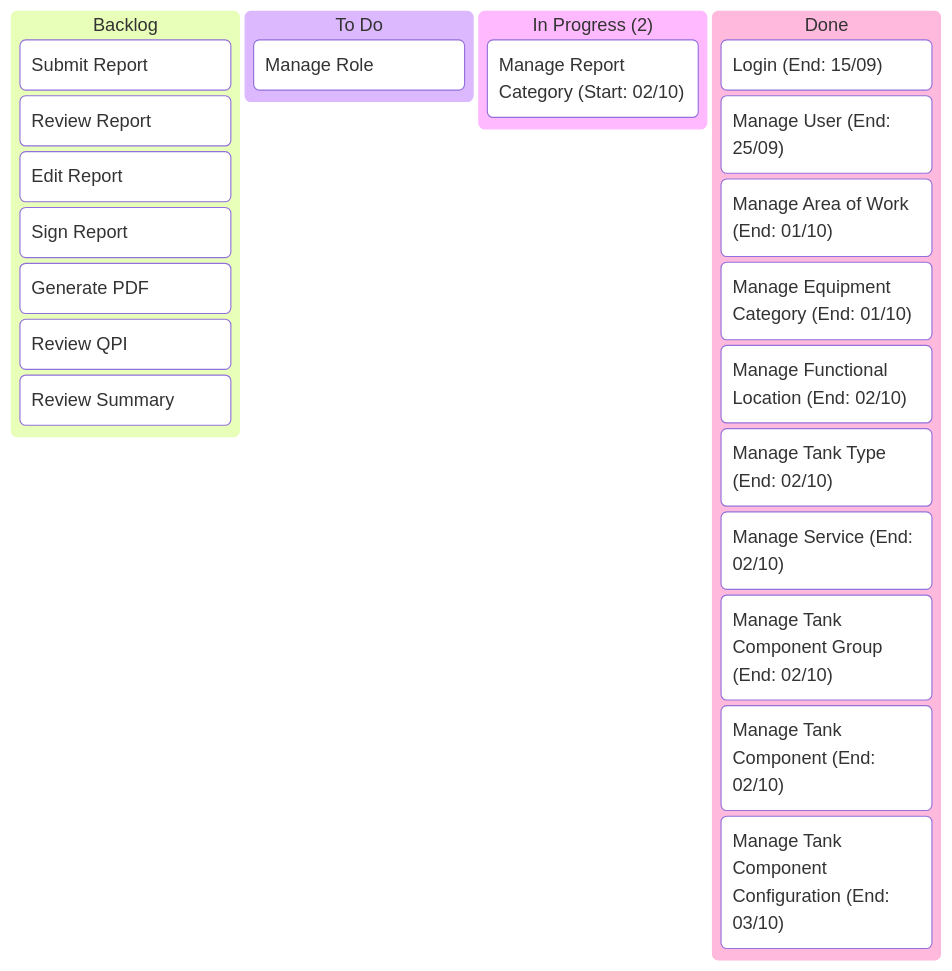
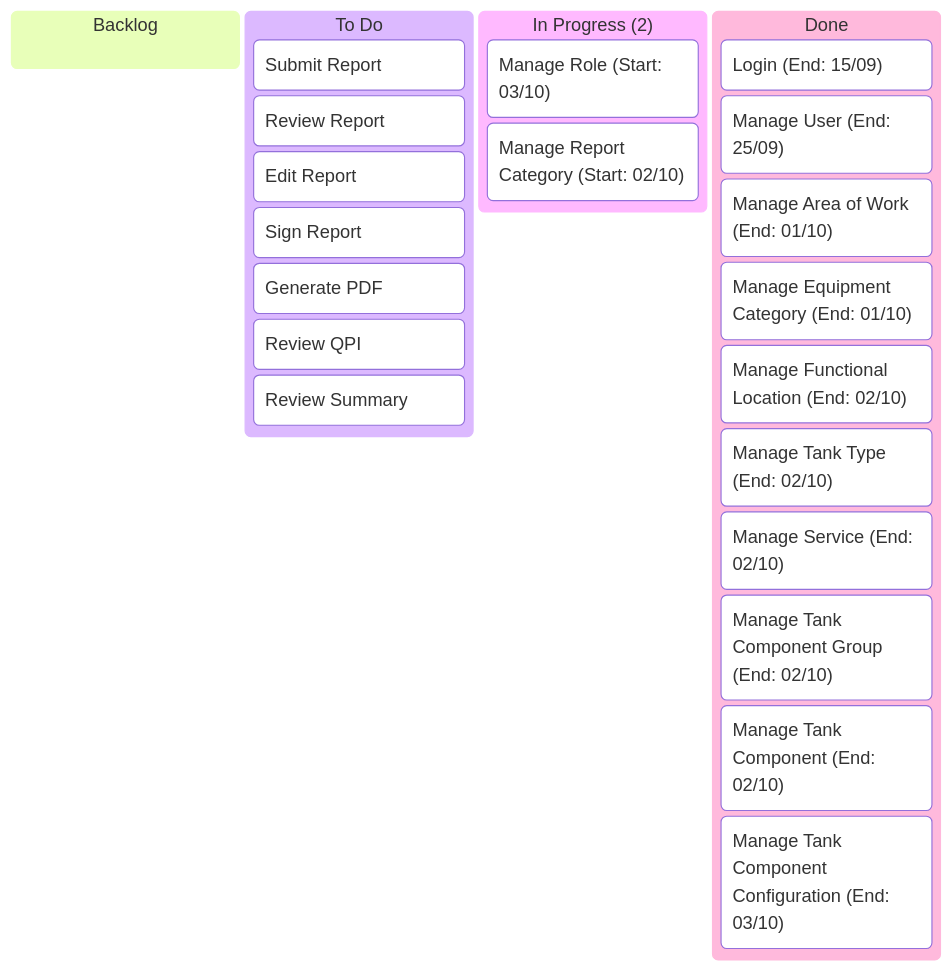
Before and after one commit to billdansr/kanban-boc-om: the diagram in Kanban/02-Kanban.md, drawn with Mermaid.

Commit message:
vault backup: 2025-10-03 08:47:09
Manage Role: To Do -> In Progress. Started in 03/10

Backlog -> To Do:
- Submit Report
- Review Report
- Edit Report
- Sign Report
- Generate PDF
- Review QPI
- Review Summary

````diff
--- a/Kanban/02-Kanban.md
+++ b/Kanban/02-Kanban.md
@@ -3,30 +3,30 @@
 ```mermaid
 kanban
   backlog[Backlog]
-	  b2[Submit Report]
-	  b3[Review Report]
-	  b4[Edit Report]
-	  b5[Sign Report]
-	  b6[Generate PDF]
-	  b7[Review QPI]
-	  b8[Review Summary]
 
   todo[To Do]
-	  t10[Manage Role]
+	  t2[Submit Report]
+	  t3[Review Report]
+	  t4[Edit Report]
+	  t5[Sign Report]
+	  t6[Generate PDF]
+	  t7[Review QPI]
+	  t8[Review Summary]
 	  
   inprogress["In Progress (2)"]
-	  t19["Manage Report Category (Start: 02/10)"]
+	  i10["Manage Role (Start: 03/10)"]
+	  i19["Manage Report Category (Start: 02/10)"]
 	  
 
   done[Done]
 	  d1["Login (End: 15/09)"]
 	  d9["Manage User (End: 25/09)"]
 	  d11["Manage Area of Work (End: 01/10)"]
 	  d12["Manage Equipment Category (End: 01/10)"]
 	  d13["Manage Functional Location (End: 02/10)"]
 	  d14["Manage Tank Type (End: 02/10)"]
 	  d15["Manage Service (End: 02/10)"]
 	  d16["Manage Tank Component Group (End: 02/10)"]
 	  d17["Manage Tank Component (End: 02/10)"]
 	  d18["Manage Tank Component Configuration (End: 03/10)"]
 ```
````
